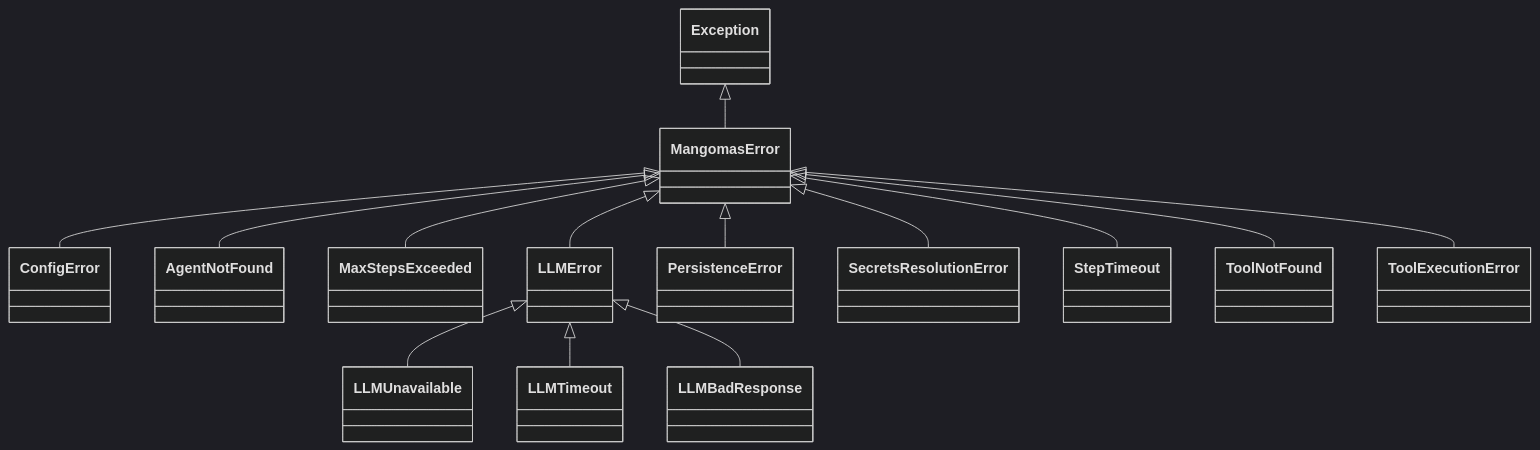
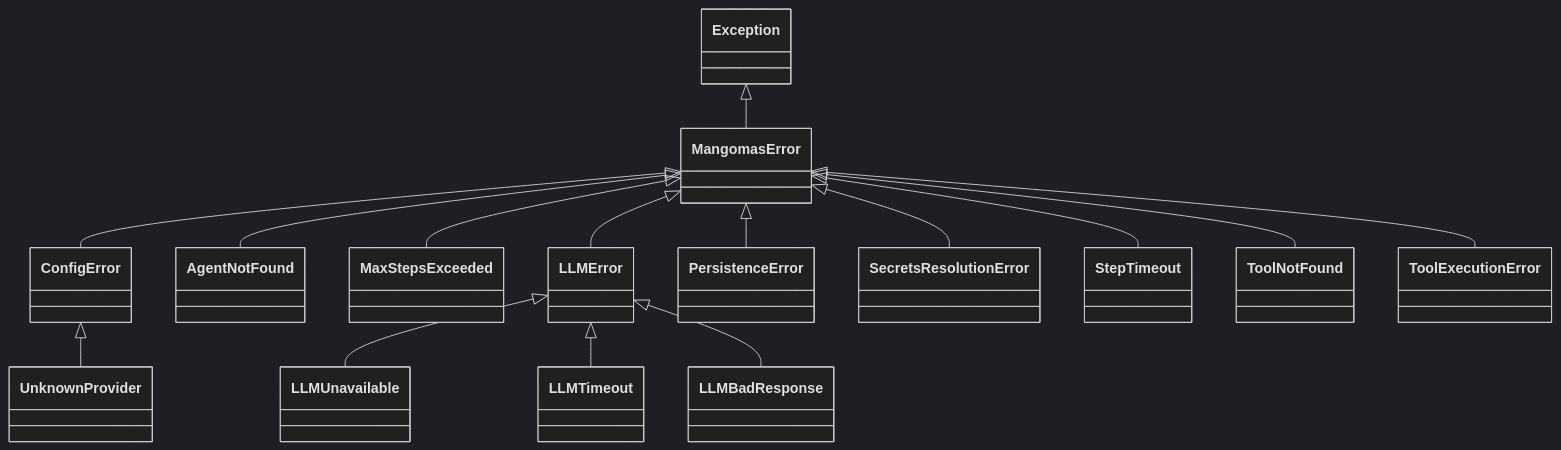
Before and after one commit to Mango-Metrics-NLM/MangoMas_V2: the third of 3 diagrams in docs/architecture/c4-code.md, drawn with Mermaid (dark theme). The commit also changed other lines of this file and 45 other files, not shown here.

````diff
--- a/docs/architecture/c4-code.md
+++ b/docs/architecture/c4-code.md
@@ -209,31 +216,33 @@
 ```mermaid
 classDiagram
     class Exception
     class MangomasError
     class ConfigError
+    class UnknownProvider
     class AgentNotFound
     class MaxStepsExceeded
     class LLMError
     class LLMUnavailable
     class LLMTimeout
     class LLMBadResponse
     class PersistenceError
     class SecretsResolutionError
     class StepTimeout
     class ToolNotFound
     class ToolExecutionError
 
     Exception <|-- MangomasError
     MangomasError <|-- ConfigError
+    ConfigError <|-- UnknownProvider
     MangomasError <|-- AgentNotFound
     MangomasError <|-- MaxStepsExceeded
     MangomasError <|-- LLMError
     LLMError <|-- LLMUnavailable
     LLMError <|-- LLMTimeout
     LLMError <|-- LLMBadResponse
     MangomasError <|-- PersistenceError
     MangomasError <|-- SecretsResolutionError
     MangomasError <|-- StepTimeout
     MangomasError <|-- ToolNotFound
     MangomasError <|-- ToolExecutionError
 ```
````
